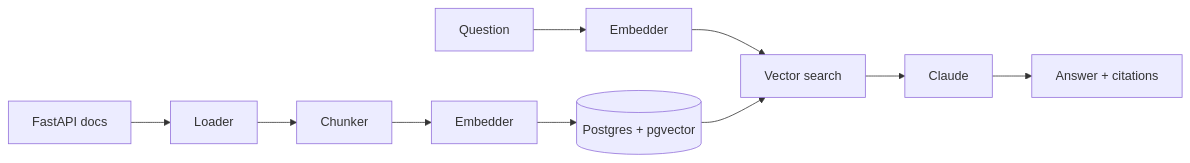
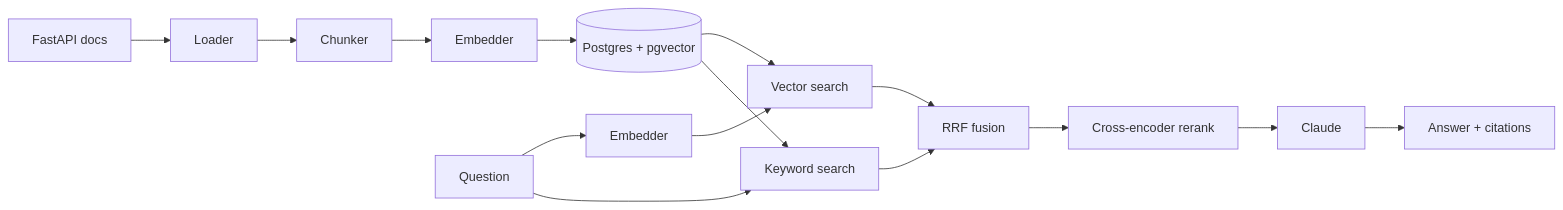
The diagram in README.md (idosi/rag-in-production), drawn with Mermaid before and after one commit. The commit also changed other lines of this file and 12 other files, not shown here.

First line of the commit message:
Step 2b: hybrid search, RRF and cross-encoder reranking, measured per mode

````diff
--- a/README.md
+++ b/README.md
@@ -7,6 +7,9 @@
 ```mermaid
 flowchart LR
   A[FastAPI docs] --> B[Loader] --> C[Chunker] --> D[Embedder] --> E[(Postgres + pgvector)]
-  Q[Question] --> QE[Embedder] --> S[Vector search] --> G[Claude] --> R[Answer + citations]
+  Q[Question] --> QE[Embedder] --> S[Vector search] --> F[RRF fusion]
+  Q --> K[Keyword search] --> F
+  F --> X[Cross-encoder rerank] --> G[Claude] --> R[Answer + citations]
   E --> S
+  E --> K
 ```
````
